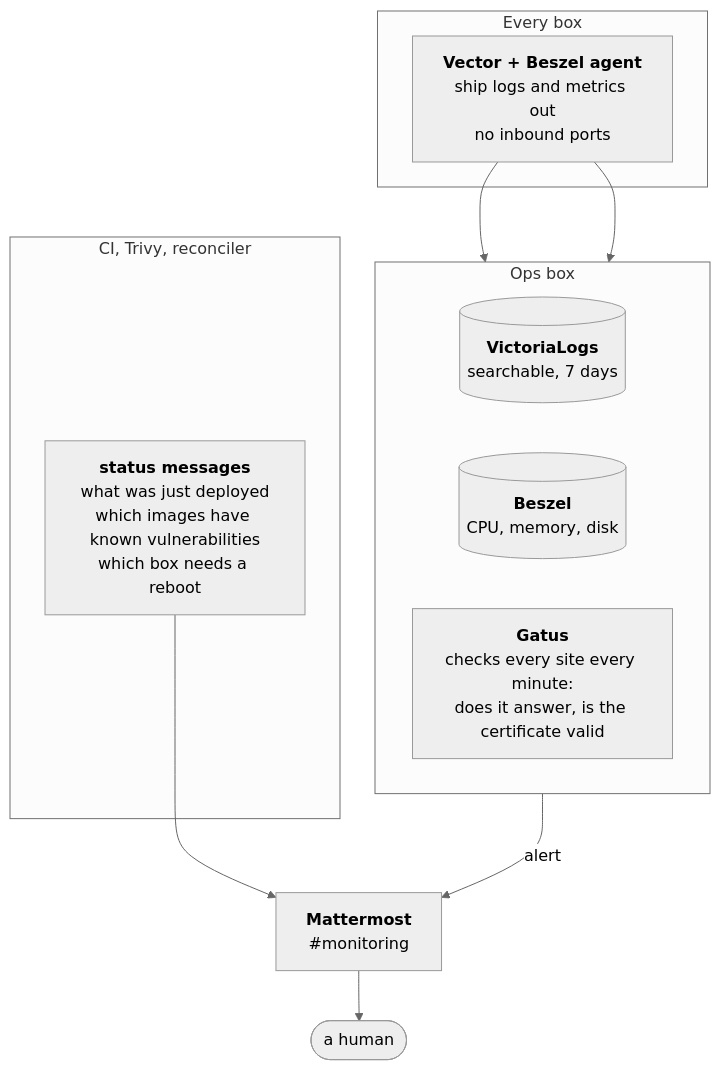
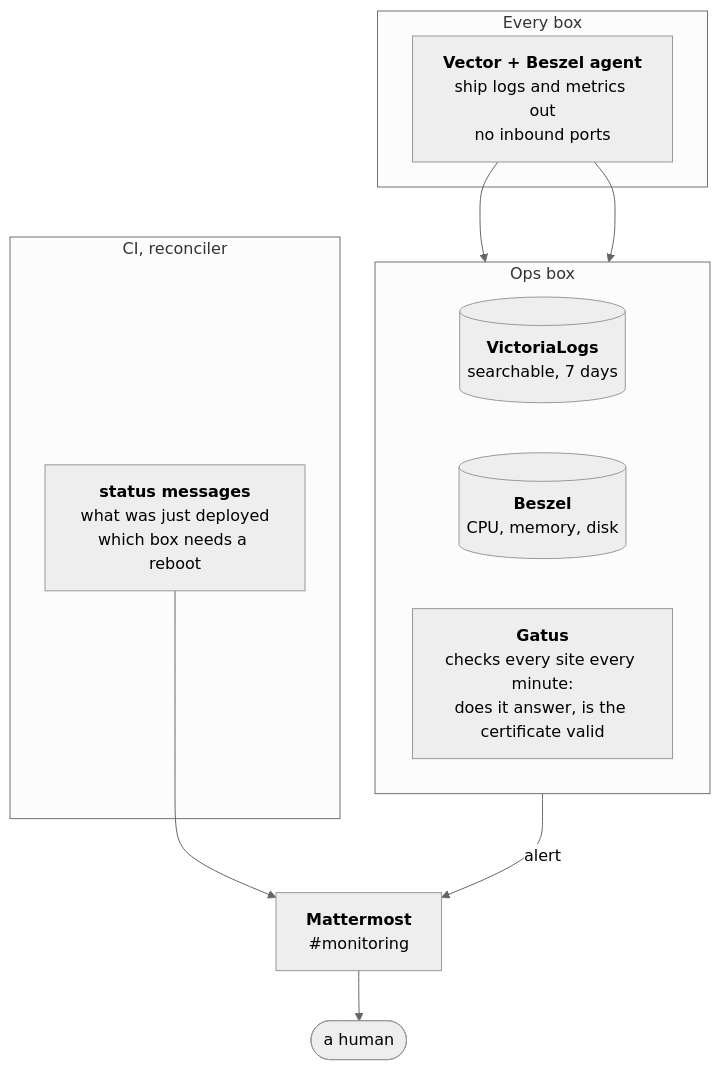
The diagram in src/diagrams/monitoring.mmd (yvg/yvg.github.io), drawn with Mermaid (neutral theme) before and after one commit. The commit also changed 2 other files, not shown here.

Commit message:
Add missing pieces to tables and graph

```diff
--- a/src/diagrams/monitoring.mmd
+++ b/src/diagrams/monitoring.mmd
@@ -1,25 +1,25 @@
 flowchart TB
     subgraph fleet["Every box"]
         agents["<b>Vector + Beszel agent</b><br/>ship logs and metrics out<br/>no inbound ports"]
     end
 
     subgraph ops["Ops box"]
         direction LR
         logs[("<b>VictoriaLogs</b><br/>searchable, 7 days")]
         metrics[("<b>Beszel</b><br/>CPU, memory, disk")]
         probe["<b>Gatus</b><br/>checks every site every minute:<br/>does it answer, is the certificate valid"]
     end
 
     agents --> logs
     agents --> metrics
 
-    subgraph automation["CI, Trivy, reconciler"]
-        jobs["<b>status messages</b><br/>what was just deployed<br/>which images have known vulnerabilities<br/>which box needs a reboot"]
+    subgraph automation["CI, reconciler"]
+        jobs["<b>status messages</b><br/>what was just deployed<br/>which box needs a reboot"]
     end
 
     chat["<b>Mattermost</b><br/>#monitoring"]
     human(["a human"])
 
     probe -- "alert" --> chat
     jobs --> chat
     chat --> human
```
